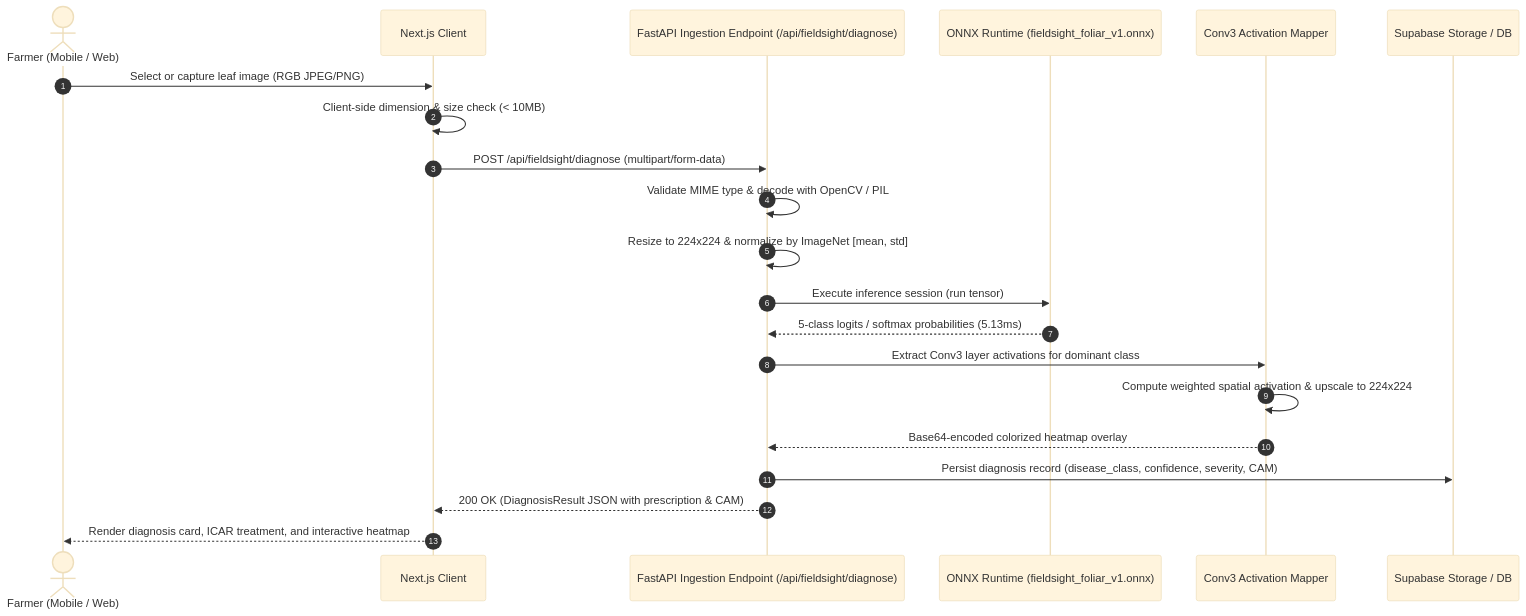
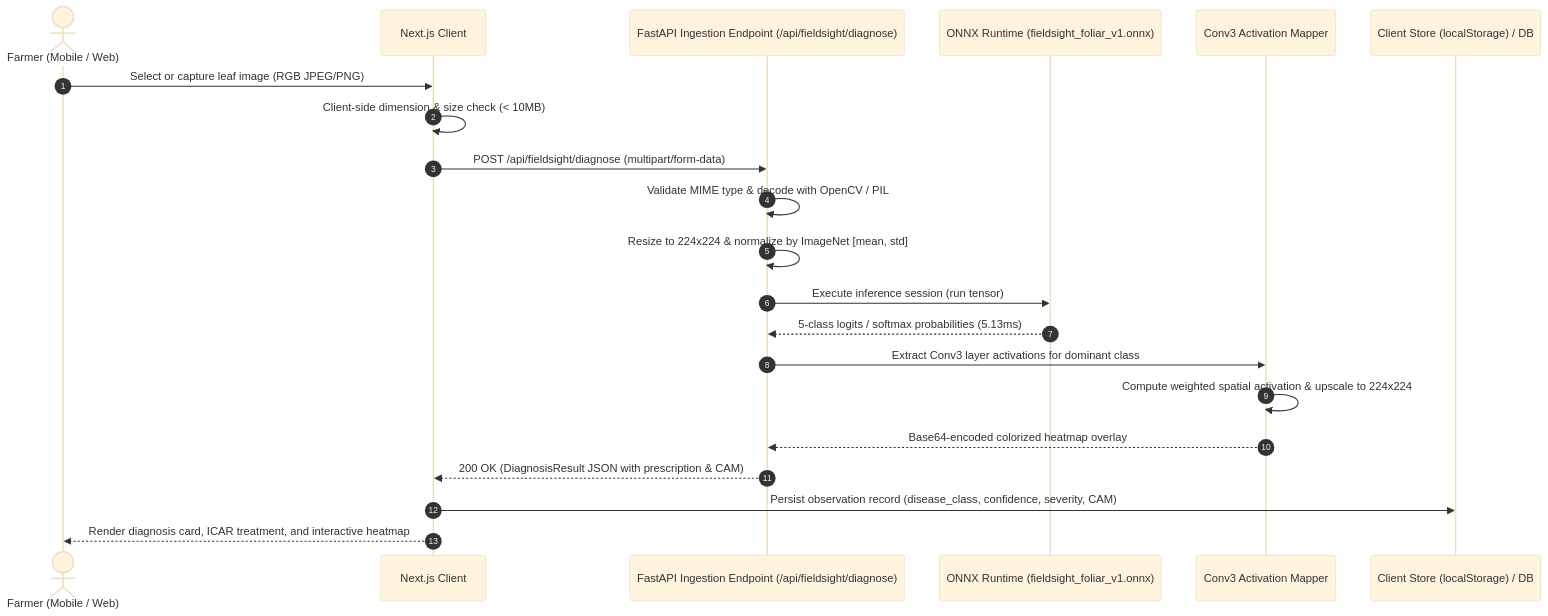
Before and after one commit to TanishBane/Nexfield: the second of 4 diagrams in docs/DATA_FLOW.md, drawn with Mermaid (base theme). The commit also changed other lines of this file and 30 other files, not shown here.

Commit message:
fix(demo): complete Supabase removal, eliminate auth backdoors, fix CORS, and wire client persistence

````diff
--- a/docs/DATA_FLOW.md
+++ b/docs/DATA_FLOW.md
@@ -69,24 +70,24 @@
 ```mermaid
 sequenceDiagram
     autonumber
     actor Farmer as Farmer (Mobile / Web)
     participant Client as Next.js Client
     participant API as FastAPI Ingestion Endpoint (/api/fieldsight/diagnose)
     participant ONNX as ONNX Runtime (fieldsight_foliar_v1.onnx)
     participant CAM as Conv3 Activation Mapper
-    participant Storage as Supabase Storage / DB
+    participant Storage as Client Store (localStorage) / DB
 
     Farmer->>Client: Select or capture leaf image (RGB JPEG/PNG)
     Client->>Client: Client-side dimension & size check (< 10MB)
     Client->>API: POST /api/fieldsight/diagnose (multipart/form-data)
     API->>API: Validate MIME type & decode with OpenCV / PIL
     API->>API: Resize to 224x224 & normalize by ImageNet [mean, std]
     API->>ONNX: Execute inference session (run tensor)
     ONNX-->>API: 5-class logits / softmax probabilities (5.13ms)
     API->>CAM: Extract Conv3 layer activations for dominant class
     CAM->>CAM: Compute weighted spatial activation & upscale to 224x224
     CAM-->>API: Base64-encoded colorized heatmap overlay
-    API->>Storage: Persist diagnosis record (disease_class, confidence, severity, CAM)
     API-->>Client: 200 OK (DiagnosisResult JSON with prescription & CAM)
+    Client->>Storage: Persist observation record (disease_class, confidence, severity, CAM)
     Client-->>Farmer: Render diagnosis card, ICAR treatment, and interactive heatmap
 ```
````
